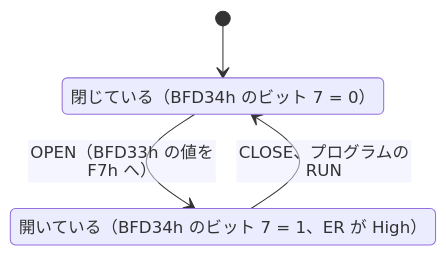
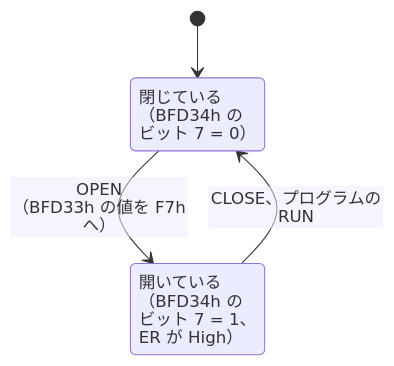
One commit to litchi-gh/pc-e500_tools changed the second of 5 diagrams in docs/analysis/07_PORT_15PIN.md. Above: the diagram before and after it, drawn with Mermaid. The commit also changed 14 other files, not shown here.

First line of the commit message:
Docs: wrap state diagram and timeline labels by hand

````diff
--- a/docs/analysis/07_PORT_15PIN.md
+++ b/docs/analysis/07_PORT_15PIN.md
@@ -168,9 +168,9 @@
 ```mermaid
 %%{init: {"htmlLabels": false, "flowchart": {"htmlLabels": false, "wrappingWidth": 1000}}}%%
 stateDiagram-v2
-    C: 閉じている（BFD34h のビット 7 = 0）
-    O: 開いている（BFD34h のビット 7 = 1、ER が High）
+    C: 閉じている<br>（BFD34h の<br>ビット 7 = 0）
+    O: 開いている<br>（BFD34h の<br>ビット 7 = 1、<br>ER が High）
     [*] --> C
-    C --> O: OPEN（BFD33h の値を F7h へ）
+    C --> O: OPEN<br>（BFD33h の値を F7h へ）
     O --> C: CLOSE、プログラムの RUN
 ```
````
